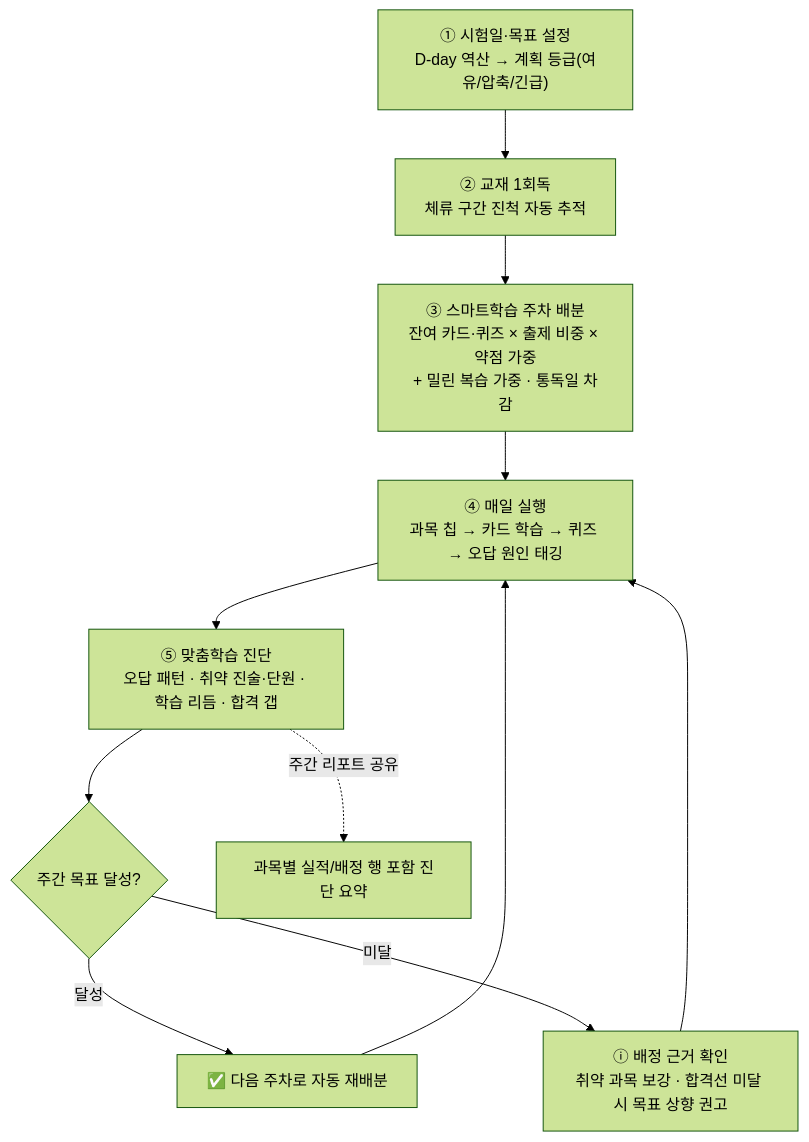
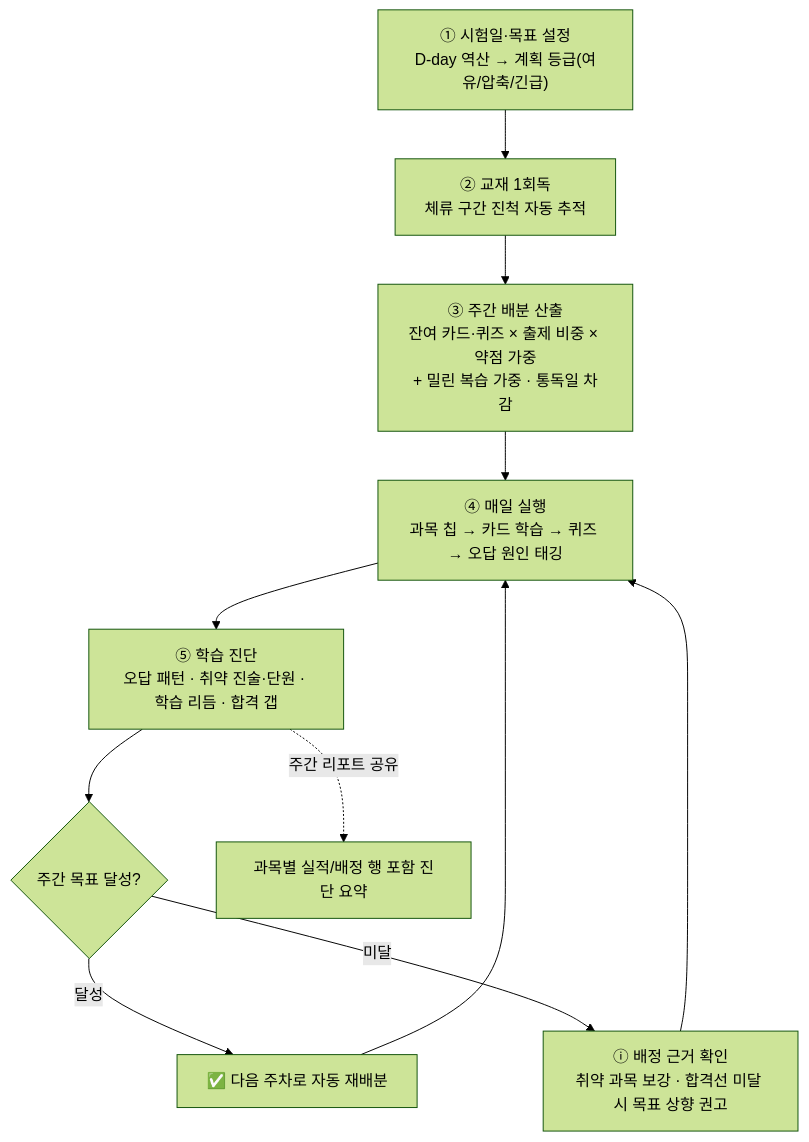
The diagram in content/exams/cosmetic/docs/학습안내서.md (skygoldlee-cyber/passok), drawn with Mermaid (forest theme) before and after one commit. The commit also changed other lines of this file and 49 other files, not shown here.

````diff
--- a/content/exams/cosmetic/docs/학습안내서.md
+++ b/content/exams/cosmetic/docs/학습안내서.md
@@ -308,13 +308,13 @@
 ```mermaid
 graph TD
     A["① 시험일·목표 설정<br/>D-day 역산 → 계획 등급(여유/압축/긴급)"] --> B["② 교재 1회독<br/>체류 구간 진척 자동 추적"]
-    B --> C["③ 스마트학습 주차 배분<br/>잔여 카드·퀴즈 × 출제 비중 × 약점 가중<br/>+ 밀린 복습 가중 · 통독일 차감"]
+    B --> C["③ 주간 배분 산출<br/>잔여 카드·퀴즈 × 출제 비중 × 약점 가중<br/>+ 밀린 복습 가중 · 통독일 차감"]
     C --> D["④ 매일 실행<br/>과목 칩 → 카드 학습 → 퀴즈 → 오답 원인 태깅"]
-    D --> E["⑤ 맞춤학습 진단<br/>오답 패턴 · 취약 진술·단원 · 학습 리듬 · 합격 갭"]
+    D --> E["⑤ 학습 진단<br/>오답 패턴 · 취약 진술·단원 · 학습 리듬 · 합격 갭"]
     E --> F{"주간 목표 달성?"}
     F -->|달성| G["✅ 다음 주차로 자동 재배분"]
     F -->|미달| H["ⓘ 배정 근거 확인<br/>취약 과목 보강 · 합격선 미달 시 목표 상향 권고"]
     G --> D
     H --> D
     E -.->|주간 리포트 공유| I["과목별 실적/배정 행 포함 진단 요약"]
 ```
````
